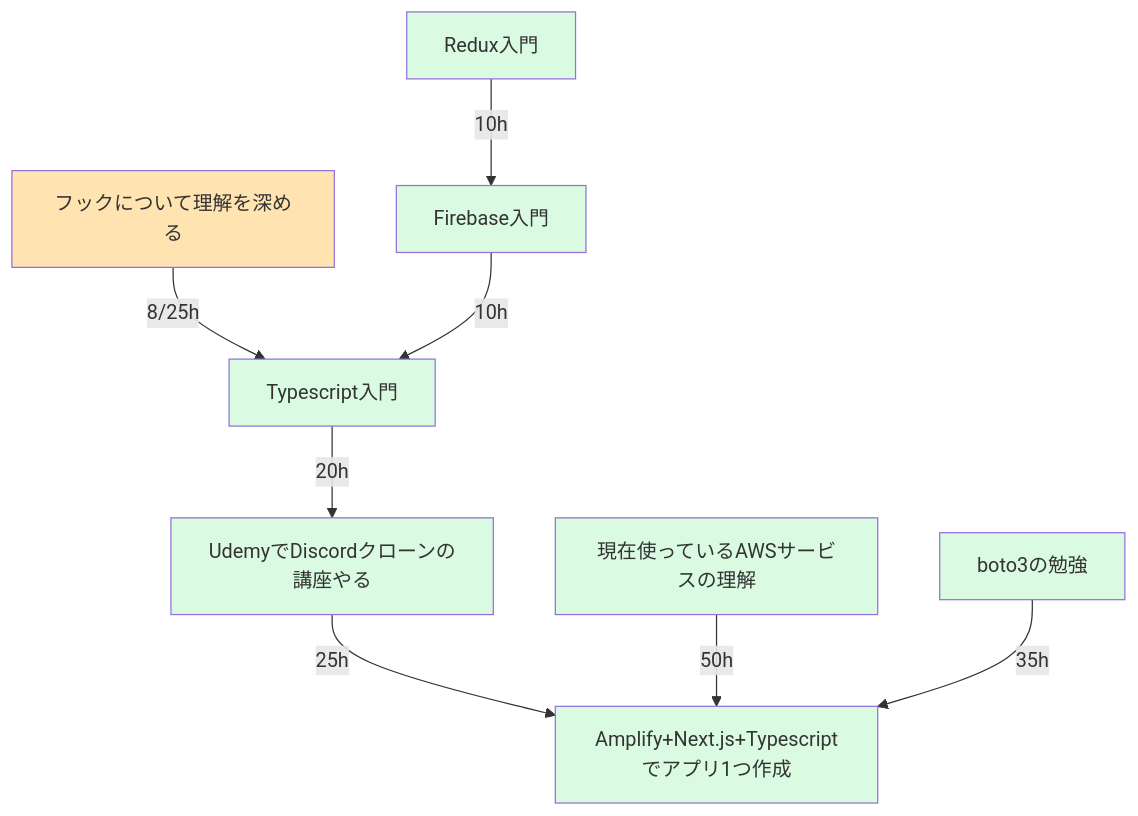
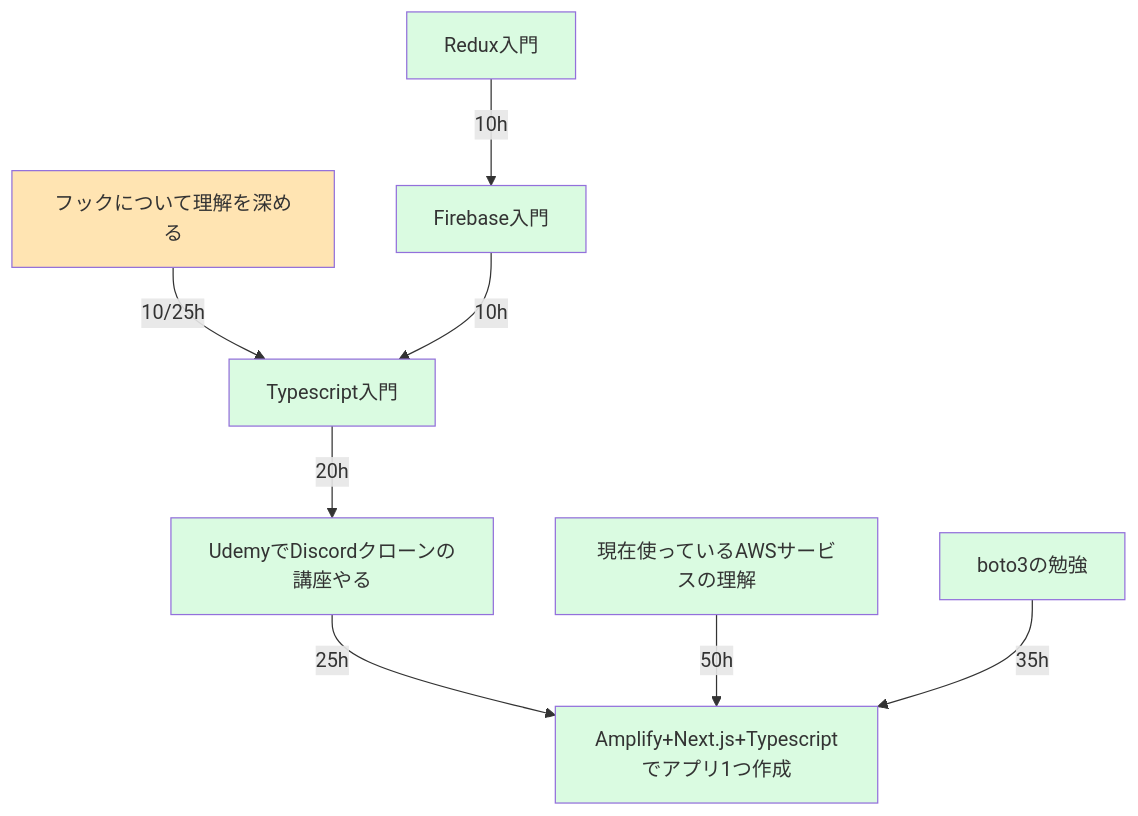
The third of 4 diagrams in tools/learning_path.md (Toraneko0101/My_learning), drawn with Mermaid before and after one commit. The commit also changed other lines of this file, not shown here.

````diff
--- a/tools/learning_path.md
+++ b/tools/learning_path.md
@@ -64,10 +64,10 @@
 ```mermaid
 
 graph TD
   classDef todo fill:#dafbe1
   classDef inProgress fill:orange,fill-opacity:0.3
-フックについて理解を深める:::inProgress --> |8/25h| Typescript入門:::todo
+フックについて理解を深める:::inProgress --> |10/25h| Typescript入門:::todo
 Redux入門:::todo --> |10h| Firebase入門:::todo --> |10h| Typescript入門:::todo --> |20h| UdemyでDiscordクローンの講座やる:::todo --> |25h| Amplify+Next.js+Typescriptでアプリ1つ作成:::todo
 現在使っているAWSサービスの理解:::todo --> |50h| Amplify+Next.js+Typescriptでアプリ1つ作成:::todo
 boto3の勉強:::todo　--> |35h| Amplify+Next.js+Typescriptでアプリ1つ作成:::todo
 ```
````
